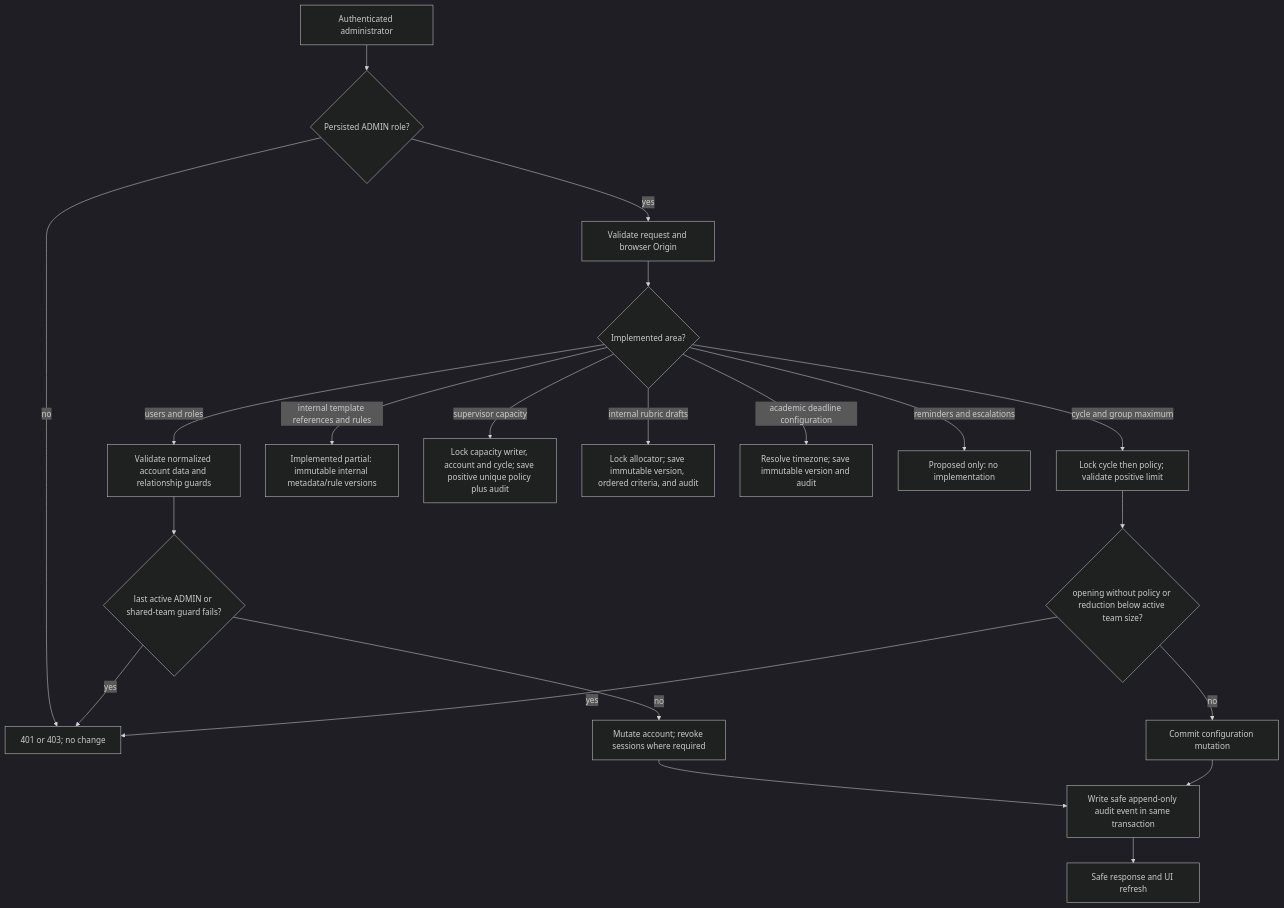
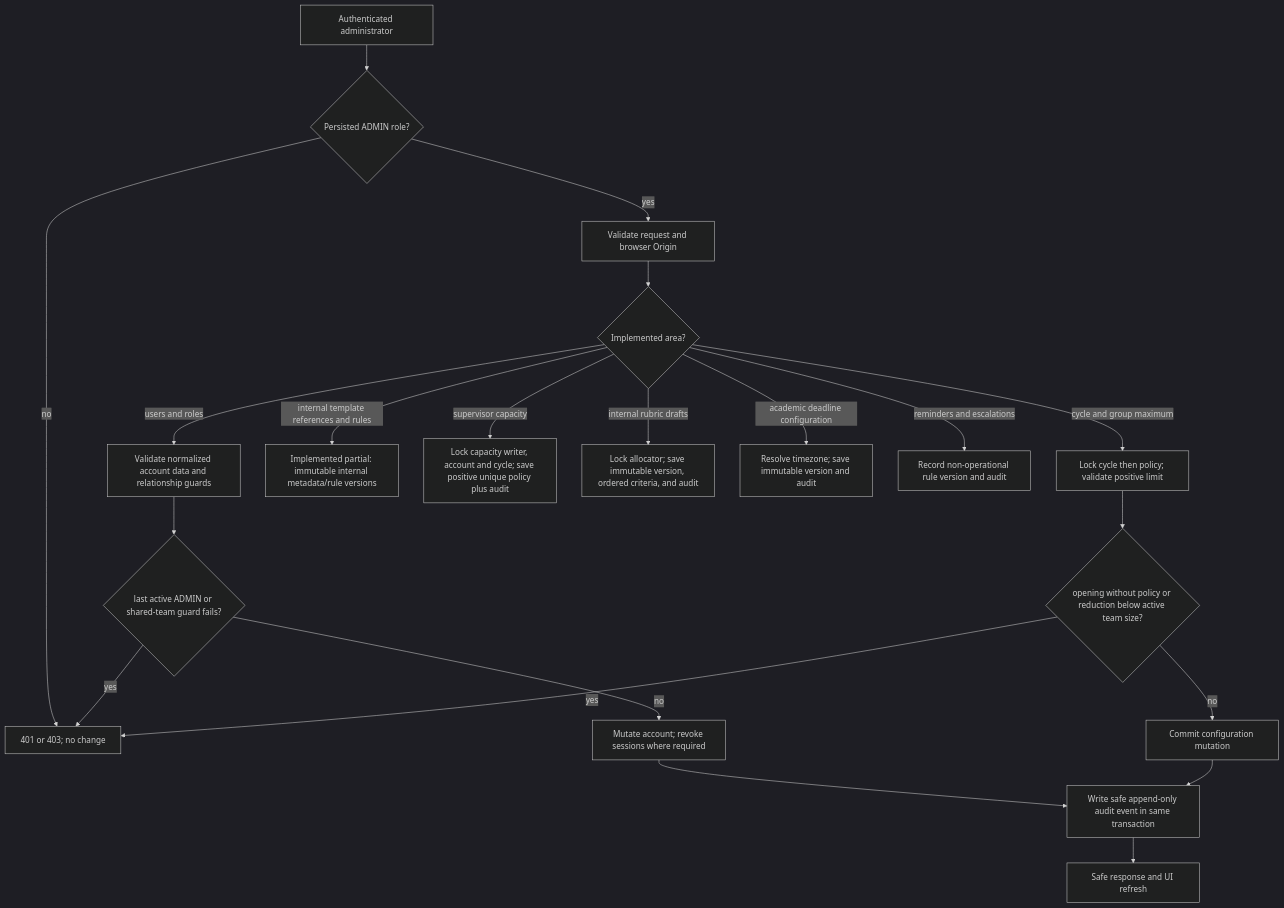
Before and after one commit to farazd63/FYPHub: the third of 9 diagrams in docs/p1-workflows.md, drawn with Mermaid (dark theme). The commit also changed other lines of this file and 11 other files, not shown here.

````diff
--- a/docs/p1-workflows.md
+++ b/docs/p1-workflows.md
@@ -50,23 +50,23 @@
 ```mermaid
 flowchart TD
     A[Authenticated administrator] --> B{Persisted ADMIN role?}
     B -- no --> X[401 or 403; no change]
     B -- yes --> C[Validate request and browser Origin]
     C --> D{Implemented area?}
     D -->|users and roles| E[Validate normalized account data and relationship guards]
     D -->|cycle and group maximum| F[Lock cycle then policy; validate positive limit]
     D -->|internal template references and rules| P[Implemented partial: immutable internal metadata/rule versions]
     D -->|supervisor capacity| R[Lock capacity writer, account and cycle; save positive unique policy plus audit]
     D -->|internal rubric drafts| S[Lock allocator; save immutable version, ordered criteria, and audit]
     D -->|academic deadline configuration| T[Resolve timezone; save immutable version and audit]
-    D -->|reminders and escalations| Q[Proposed only: no implementation]
+    D -->|reminders and escalations| Q[Record non-operational rule version and audit]
     E --> G{last active ADMIN or shared-team guard fails?}
     G -- yes --> X
     G -- no --> H[Mutate account; revoke sessions where required]
     F --> I{opening without policy or reduction below active team size?}
     I -- yes --> X
     I -- no --> J[Commit configuration mutation]
     H --> K[Write safe append-only audit event in same transaction]
     J --> K
     K --> L[Safe response and UI refresh]
 ```
````
